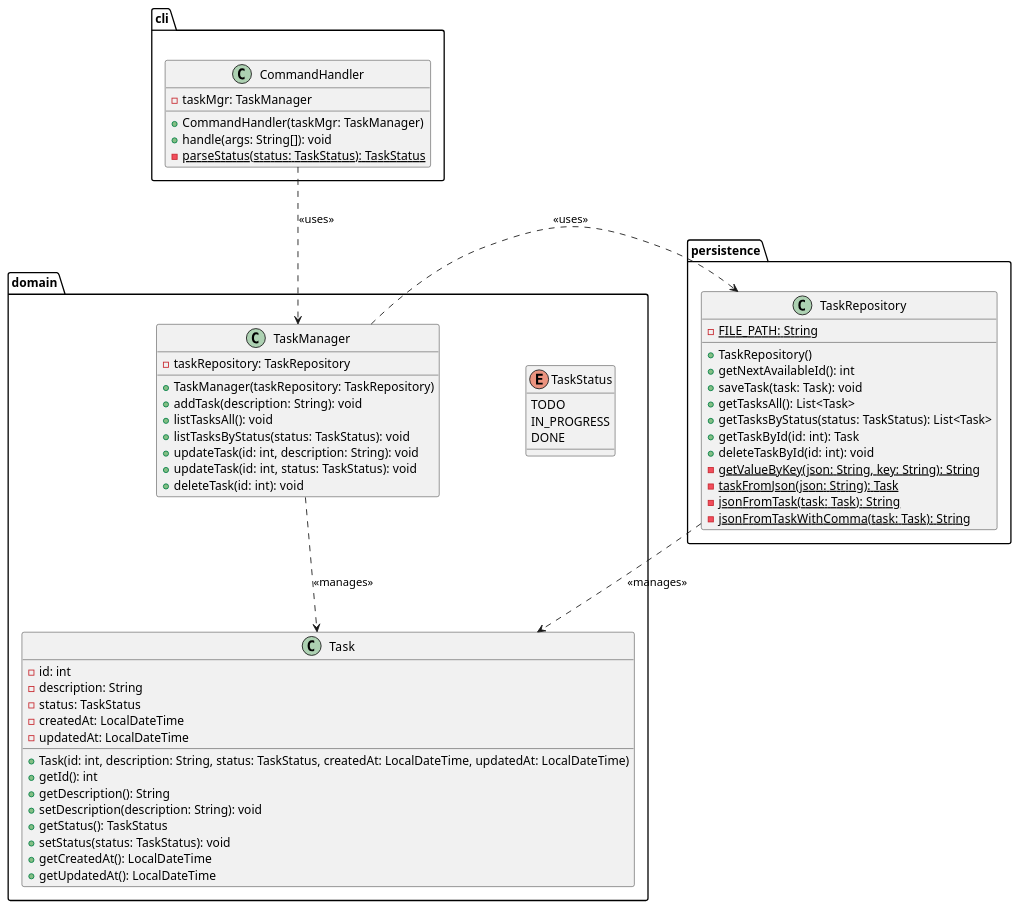
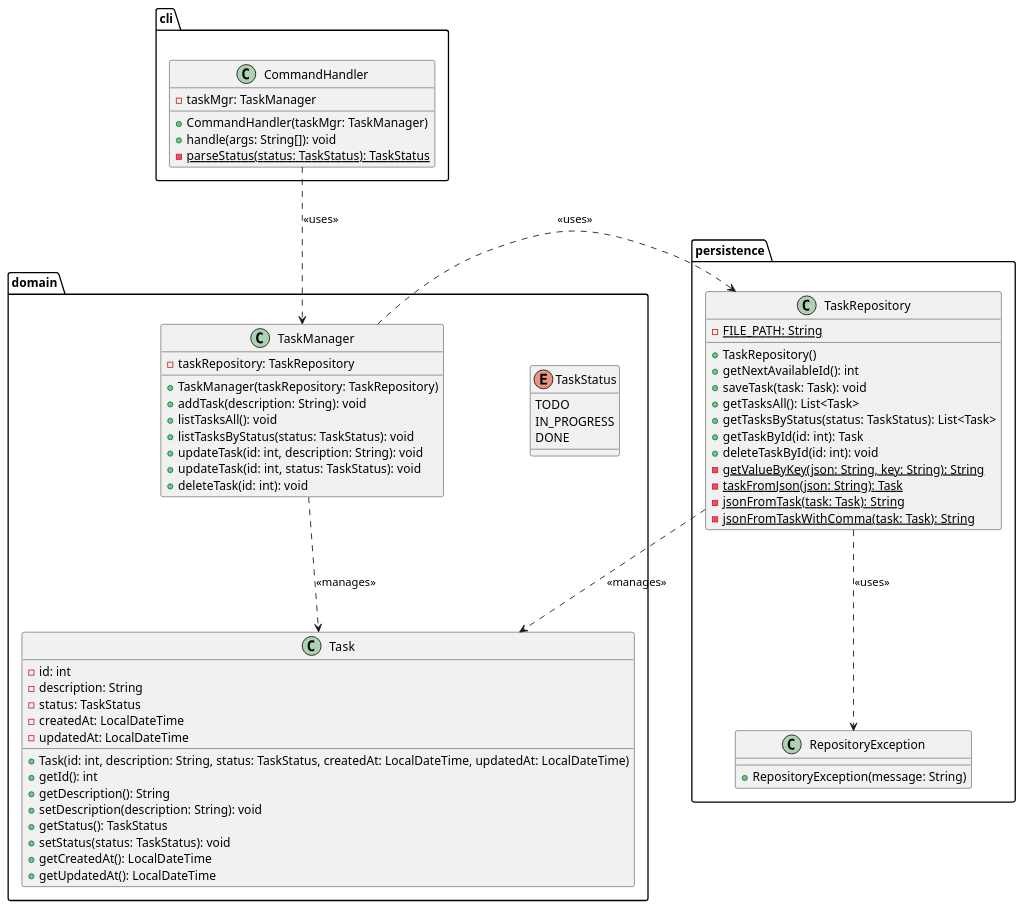
The diagram in uml/uml.puml (mmistika/task-cli), drawn with PlantUML before and after one commit. The commit also changed 1 other file, not shown here.

Commit message:
docs: add RepositoryException class

```diff
--- a/uml/uml.puml
+++ b/uml/uml.puml
@@ -1,72 +1,77 @@
 @startuml
 
 skinparam ranksep 100
 skinparam nodesep 100
 
 package "cli" {
     class CommandHandler {
         - taskMgr: TaskManager
         + CommandHandler(taskMgr: TaskManager)
         + handle(args: String[]): void
         - {static} parseStatus(status: TaskStatus): TaskStatus
     }
 }
 
 package "domain" {
     enum TaskStatus {
         TODO
         IN_PROGRESS
         DONE
     }
 
     class Task {
         - id: int
         - description: String
         - status: TaskStatus
         - createdAt: LocalDateTime
         - updatedAt: LocalDateTime
         + Task(id: int, description: String, status: TaskStatus, createdAt: LocalDateTime, updatedAt: LocalDateTime)
         + getId(): int
         + getDescription(): String
         + setDescription(description: String): void
         + getStatus(): TaskStatus
         + setStatus(status: TaskStatus): void
         + getCreatedAt(): LocalDateTime
         + getUpdatedAt(): LocalDateTime
     }
 
     class TaskManager {
         - taskRepository: TaskRepository
         + TaskManager(taskRepository: TaskRepository)
         + addTask(description: String): void
         + listTasksAll(): void
         + listTasksByStatus(status: TaskStatus): void
         + updateTask(id: int, description: String): void
         + updateTask(id: int, status: TaskStatus): void
         + deleteTask(id: int): void
     }
 }
 
 package "persistence" {
     class TaskRepository {
         - {static} FILE_PATH: String
         + TaskRepository()
         + getNextAvailableId(): int
         + saveTask(task: Task): void
         + getTasksAll(): List<Task>
         + getTasksByStatus(status: TaskStatus): List<Task>
         + getTaskById(id: int): Task
         + deleteTaskById(id: int): void
         - {static} getValueByKey(json: String, key: String): String
         - {static} taskFromJson(json: String): Task
         - {static} jsonFromTask(task: Task): String
         - {static} jsonFromTaskWithComma(task: Task): String
     }
+
+    class RepositoryException {
+        + RepositoryException(message: String)
+    }
 }
 
 CommandHandler ..> TaskManager : <<uses>>
 TaskManager ..> Task : <<manages>>
 TaskManager ..> TaskRepository : <<uses>>
 TaskRepository ..> Task : <<manages>>
+TaskRepository ..> RepositoryException: <<uses>>
 
 @enduml
```
